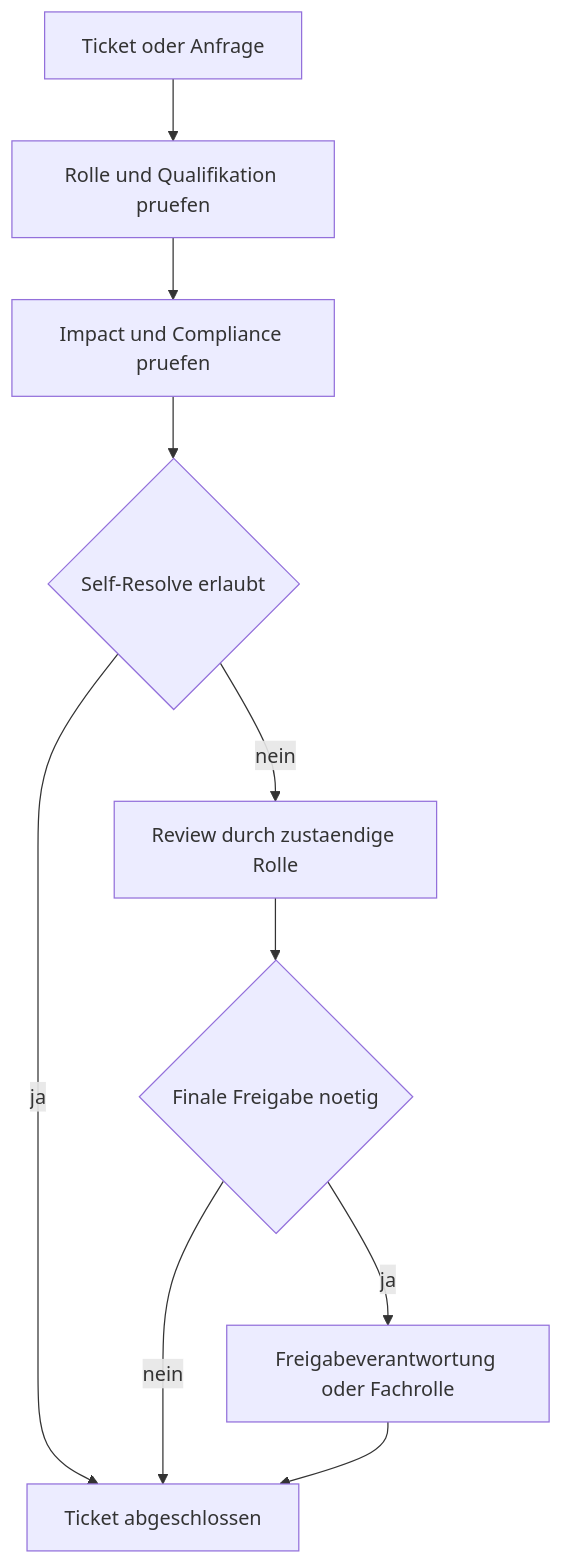
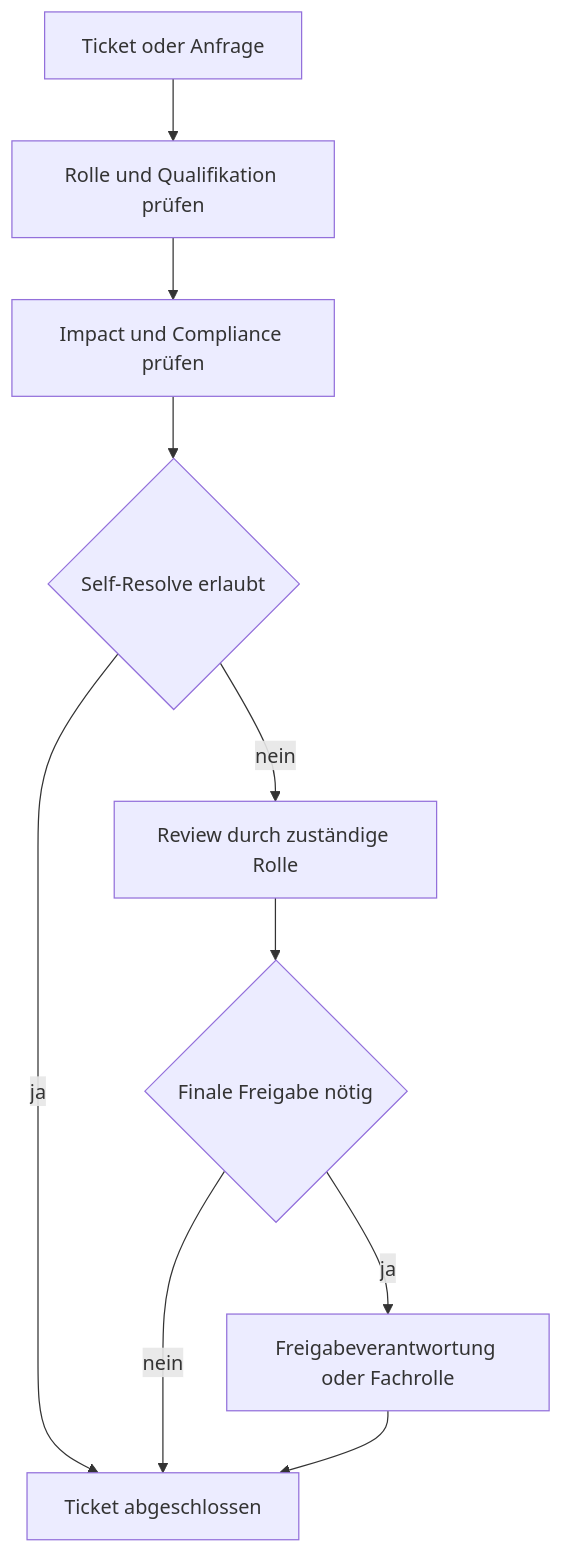
One commit to notariat8/NaC changed the diagram in docs/de/role-model.md. Above: the diagram before and after it, drawn with Mermaid. The commit also changed other lines of this file and 231 other files, not shown here.

````diff
--- a/docs/de/role-model.md
+++ b/docs/de/role-model.md
@@ -53,12 +53,12 @@
 ```mermaid
 flowchart TD
-    Event[Ticket oder Anfrage] --> RoleCheck[Rolle und Qualifikation pruefen]
-    RoleCheck --> ImpactCheck[Impact und Compliance pruefen]
+    Event[Ticket oder Anfrage] --> RoleCheck[Rolle und Qualifikation prüfen]
+    RoleCheck --> ImpactCheck[Impact und Compliance prüfen]
     ImpactCheck --> SelfResolve{Self-Resolve erlaubt}
     SelfResolve -->|ja| Done[Ticket abgeschlossen]
-    SelfResolve -->|nein| Review[Review durch zustaendige Rolle]
-    Review --> Approval{Finale Freigabe noetig}
+    SelfResolve -->|nein| Review[Review durch zuständige Rolle]
+    Review --> Approval{Finale Freigabe nötig}
     Approval -->|ja| Approver[Freigabeverantwortung oder Fachrolle]
     Approval -->|nein| Done
     Approver --> Done
 ```
````
